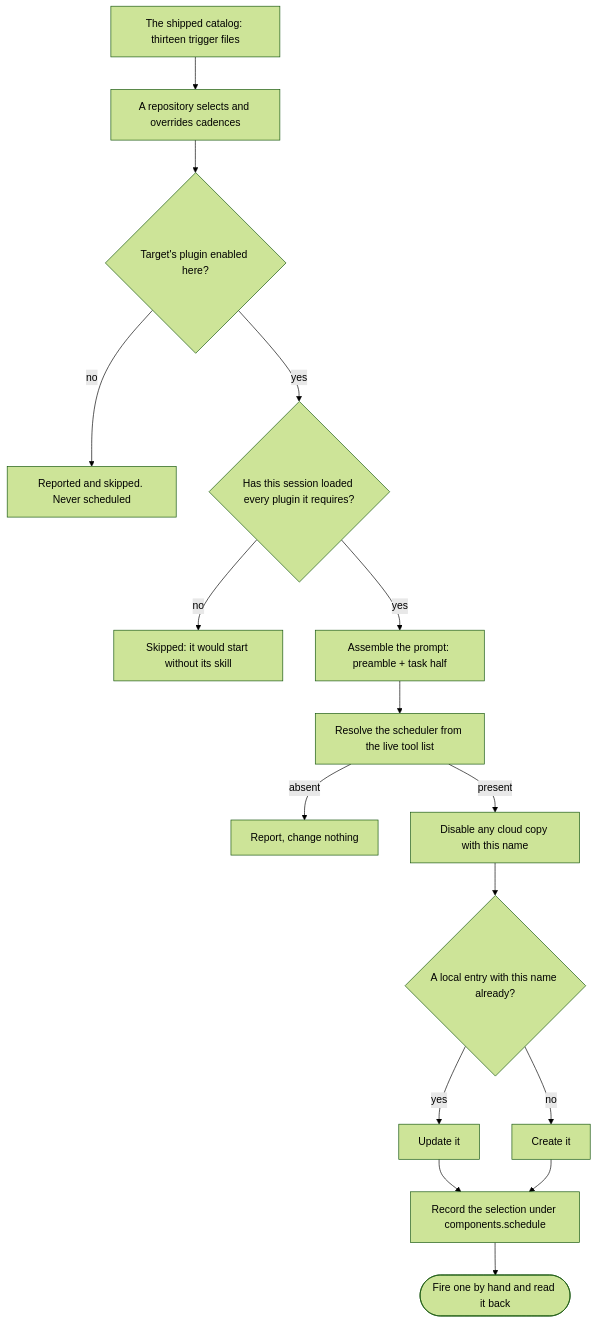
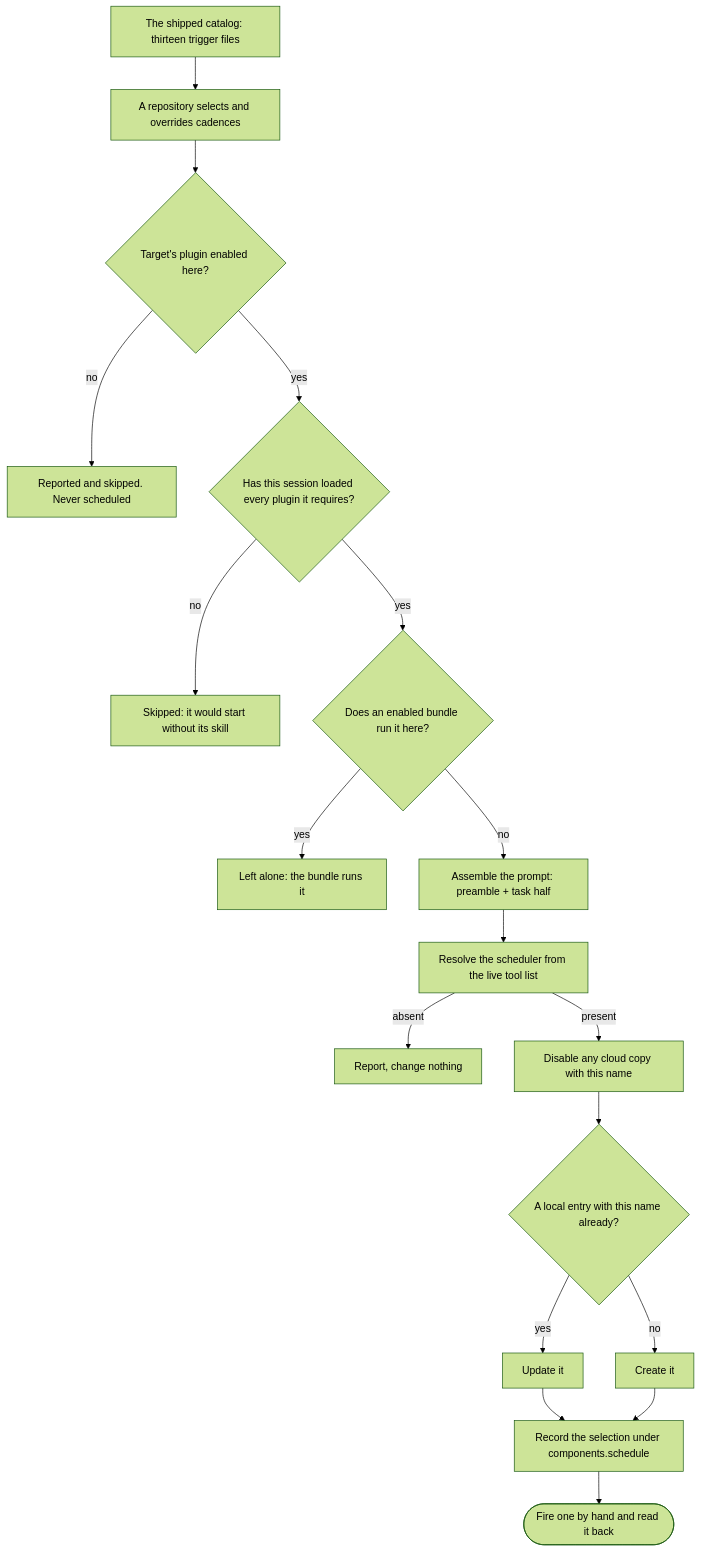
The second of 4 diagrams in .devbook/arc42/building-blocks/delivery-schedule.md (JSdotNet/devbook), drawn with Mermaid (forest theme) before and after one commit. The commit also changed other lines of this file, not shown here.

````diff
--- a/.devbook/arc42/building-blocks/delivery-schedule.md
+++ b/.devbook/arc42/building-blocks/delivery-schedule.md
@@ -401,18 +413,20 @@
 ```mermaid
 flowchart TD
     catalog["The shipped catalog: thirteen trigger files"] --> select["A repository selects and overrides cadences"]
     select --> enabled{"Target's plugin enabled here?"}
     enabled -->|no| skipped["Reported and skipped. Never scheduled"]
     enabled -->|yes| loaded{"Has this session loaded every plugin it requires?"}
     loaded -->|no| refused["Skipped: it would start without its skill"]
-    loaded -->|yes| assemble["Assemble the prompt: preamble + task half"]
+    loaded -->|yes| covered{"Does an enabled bundle run it here?"}
+    covered -->|yes| left["Left alone: the bundle runs it"]
+    covered -->|no| assemble["Assemble the prompt: preamble + task half"]
     assemble --> resolve["Resolve the scheduler from the live tool list"]
     resolve -->|absent| noop["Report, change nothing"]
     resolve -->|present| retire["Disable any cloud copy with this name"]
     retire --> match{"A local entry with this name already?"}
     match -->|yes| update["Update it"]
     match -->|no| create["Create it"]
     update --> stamp["Record the selection under components.schedule"]
     create --> stamp
     stamp --> prove(["Fire one by hand and read it back"])
 ```
````
